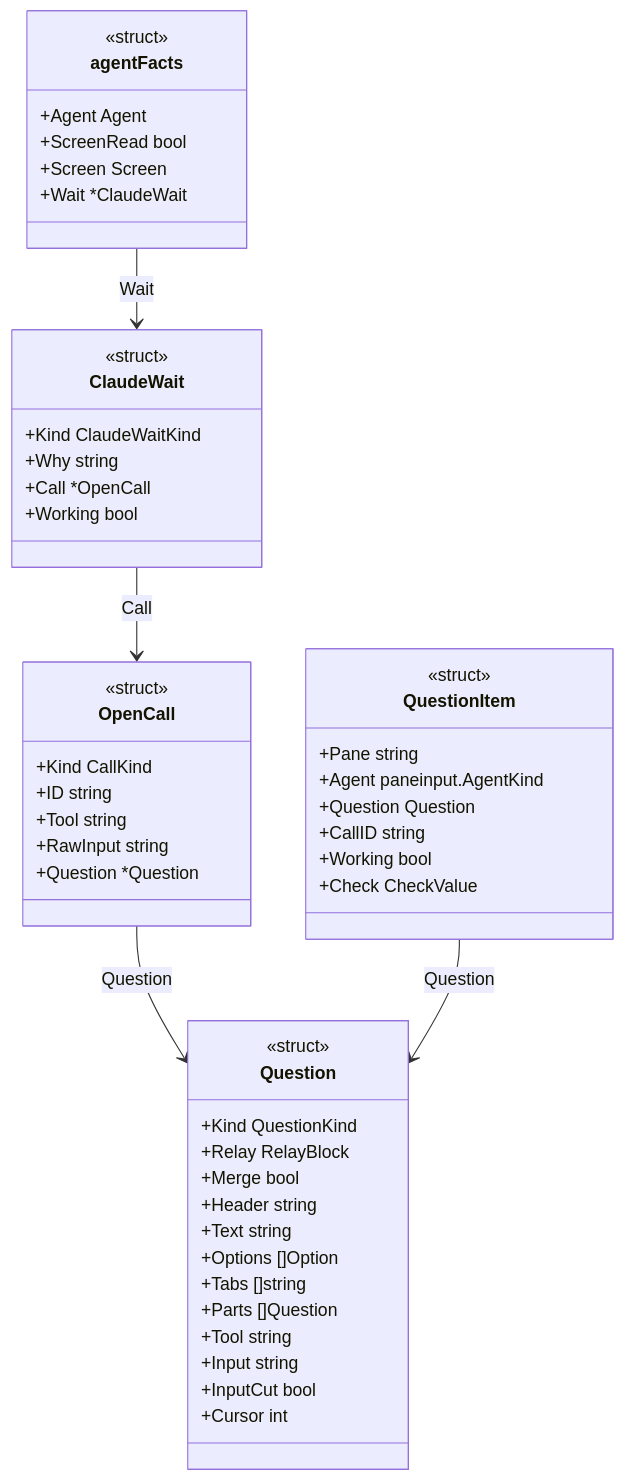
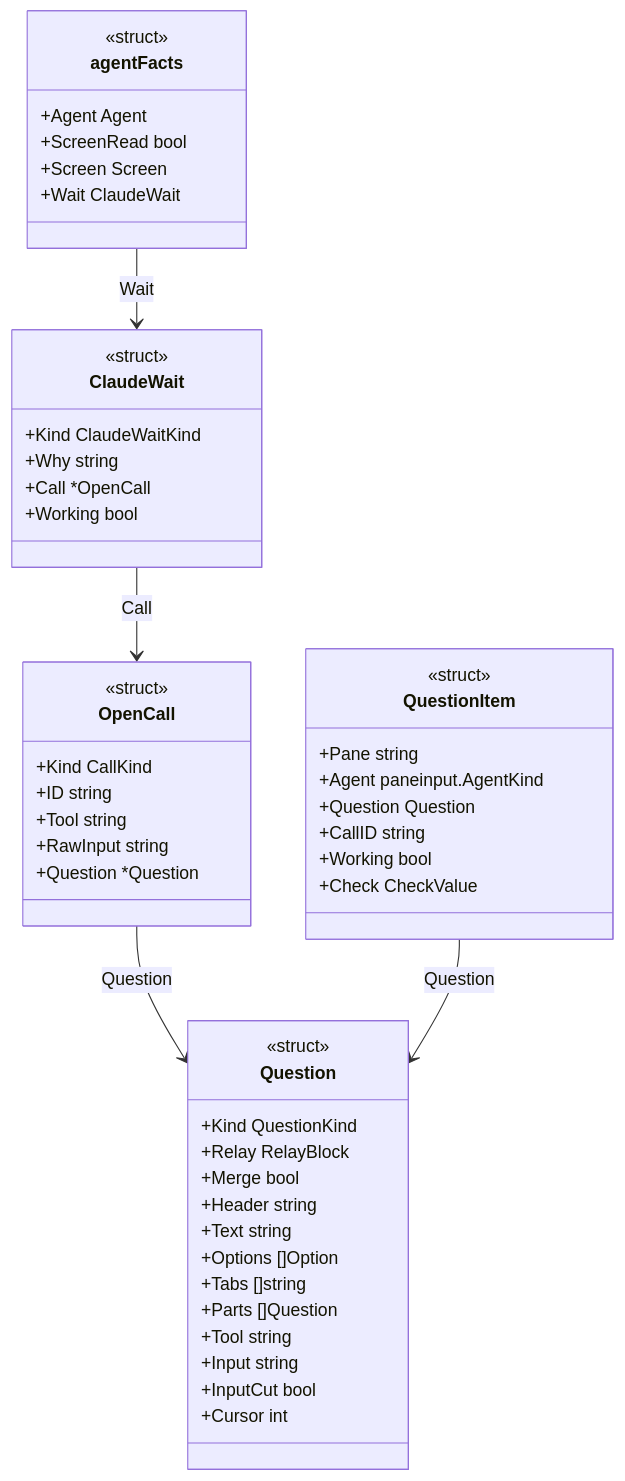
Before and after one commit to isseis/yt2column: the fourth of 7 diagrams in docs/tasks/0096_chief_question_transcript/02_architecture.md, drawn with Mermaid. The commit also changed other lines of this file, not shown here.

First line of the commit message:
docs(0096): address the targeted Fable review of the architecture

````diff
--- a/docs/tasks/0096_chief_question_transcript/02_architecture.md
+++ b/docs/tasks/0096_chief_question_transcript/02_architecture.md
@@ -207,53 +207,53 @@
 ```mermaid
 classDiagram
     class OpenCall {
         <<struct>>
         +Kind CallKind
         +ID string
         +Tool string
         +RawInput string
         +Question *Question
     }
     class ClaudeWait {
         <<struct>>
         +Kind ClaudeWaitKind
         +Why string
         +Call *OpenCall
         +Working bool
     }
     class Question {
         <<struct>>
         +Kind QuestionKind
         +Relay RelayBlock
         +Merge bool
         +Header string
         +Text string
         +Options []Option
         +Tabs []string
         +Parts []Question
         +Tool string
         +Input string
         +InputCut bool
         +Cursor int
     }
     class QuestionItem {
         <<struct>>
         +Pane string
         +Agent paneinput.AgentKind
         +Question Question
         +CallID string
         +Working bool
         +Check CheckValue
     }
     class agentFacts {
         <<struct>>
         +Agent Agent
         +ScreenRead bool
         +Screen Screen
-        +Wait *ClaudeWait
+        +Wait ClaudeWait
     }
     ClaudeWait --> OpenCall : Call
     OpenCall --> Question : Question
     QuestionItem --> Question : Question
     agentFacts --> ClaudeWait : Wait
 ```
````
